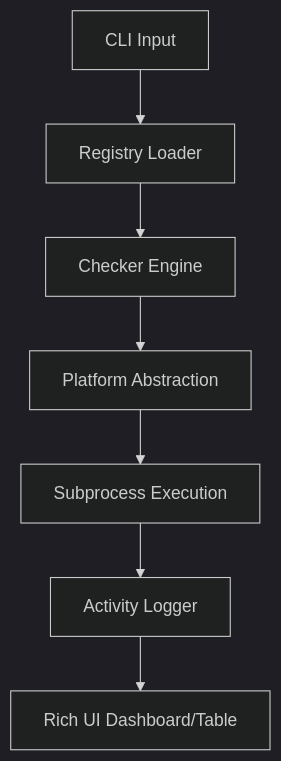
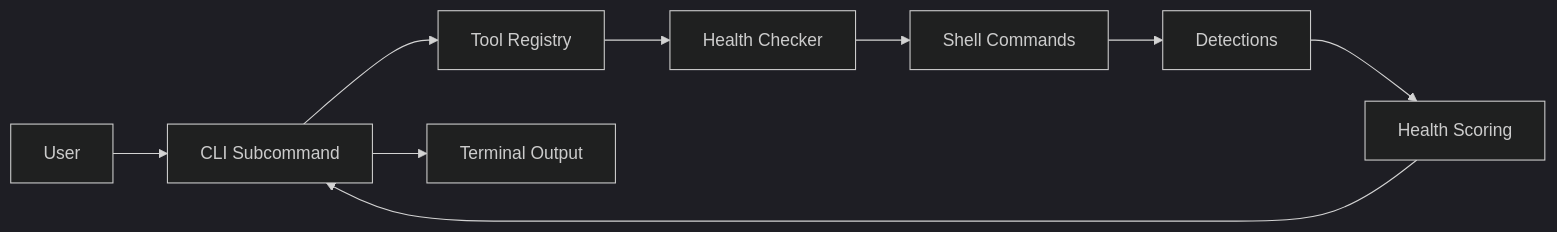
One commit to mimo-to/eSim-Tool-manager changed the diagram in design_document.md. Above: the diagram before and after it, drawn with Mermaid (dark theme). The commit also changed other lines of this file and 4 other files, not shown here.

Commit message:
restructure design documentation and add architecture, features, and usage guides

````diff
--- a/design_document.md
+++ b/design_document.md
@@ -39,9 +8,11 @@
 ```mermaid
-graph TD
-    CLI[CLI Input] --> REG[Registry Loader]
-    REG --> CHECK[Checker Engine]
-    CHECK --> PLAT[Platform Abstraction]
-    PLAT --> SUB[Subprocess Execution]
-    SUB --> LOG[Activity Logger]
-    LOG --> UI[Rich UI Dashboard/Table]
+graph LR
+    User[User] --> CLI[CLI Subcommand]
+    CLI --> Registry[Tool Registry]
+    Registry --> Checker[Health Checker]
+    Checker --> Subprocess[Shell Commands]
+    Subprocess --> Result[Detections]
+    Result --> Health[Health Scoring]
+    Health --> CLI
+    CLI --> UI[Terminal Output]
 ```
````
